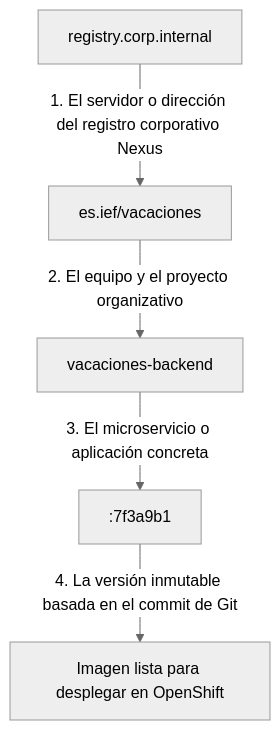
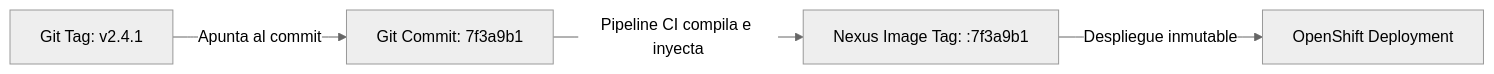
Before and after one commit to ieftraining/curso-openshift: the sixth of 8 diagrams in docs/sesion4/4.4 Registro, gestión y seguridad de imágenes.md, drawn with Mermaid (neutral theme). The commit also changed other lines of this file, not shown here.

````diff
--- a/docs/sesion4/4.4 Registro, gestión y seguridad de imágenes.md
+++ b/docs/sesion4/4.4 Registro, gestión y seguridad de imágenes.md
@@ -130,7 +146,6 @@
 ```mermaid
-flowchart TD
-    A[registry.corp.internal] -->|1. El servidor o dirección del registro corporativo Nexus| B[es.ief/vacaciones]
-    B -->|2. El equipo y el proyecto organizativo| C[vacaciones-backend]
-    C -->|3. El microservicio o aplicación concreta| D[:7f3a9b1]
-    D -->|4. La versión inmutable basada en el commit de Git| E[Imagen lista para desplegar en OpenShift]
+flowchart LR
+    A[Git Tag: v2.4.1] -->|Apunta al commit| B[Git Commit: 7f3a9b1]
+    B -->|Pipeline CI compila e inyecta| C[Nexus Image Tag: :7f3a9b1]
+    C -->|Despliegue inmutable| D[OpenShift Deployment]
 ```
````
